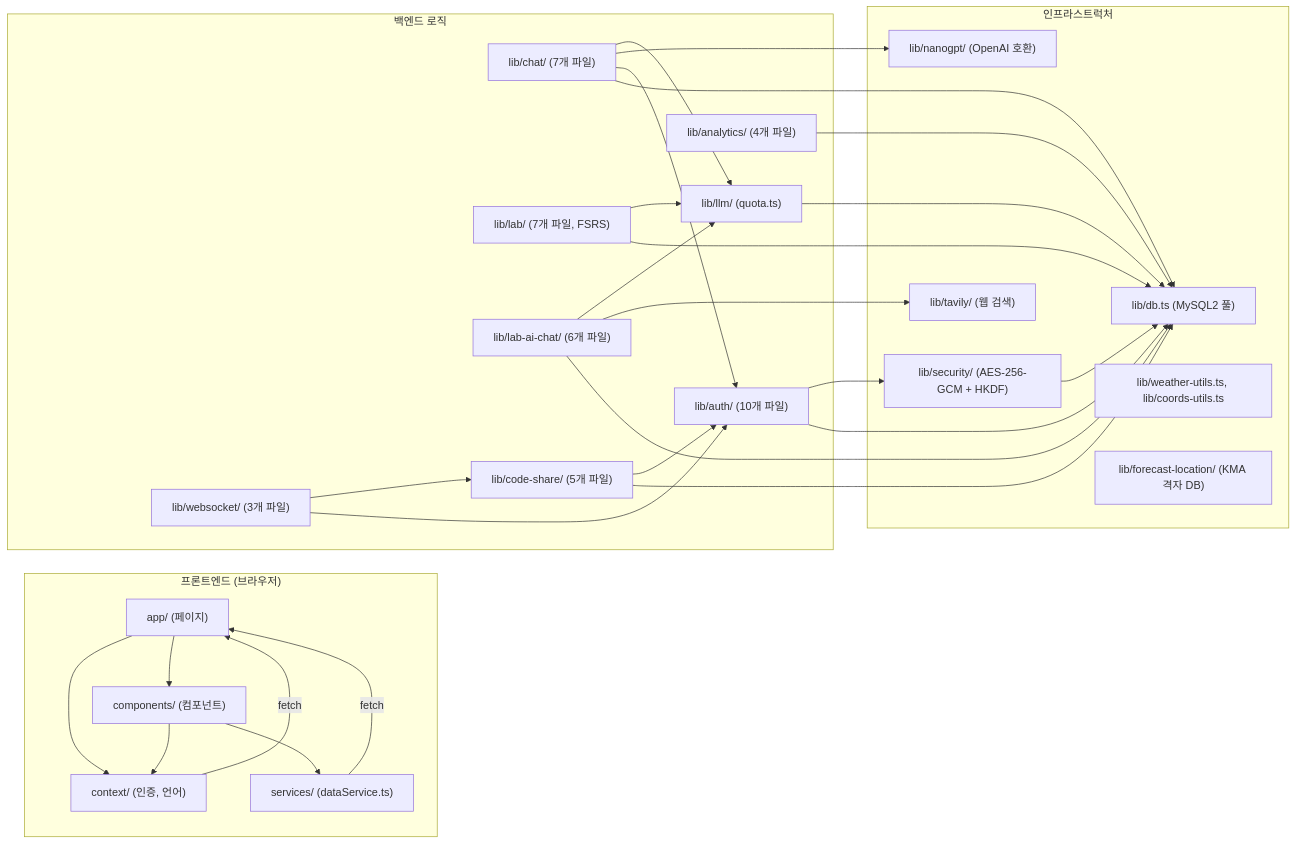
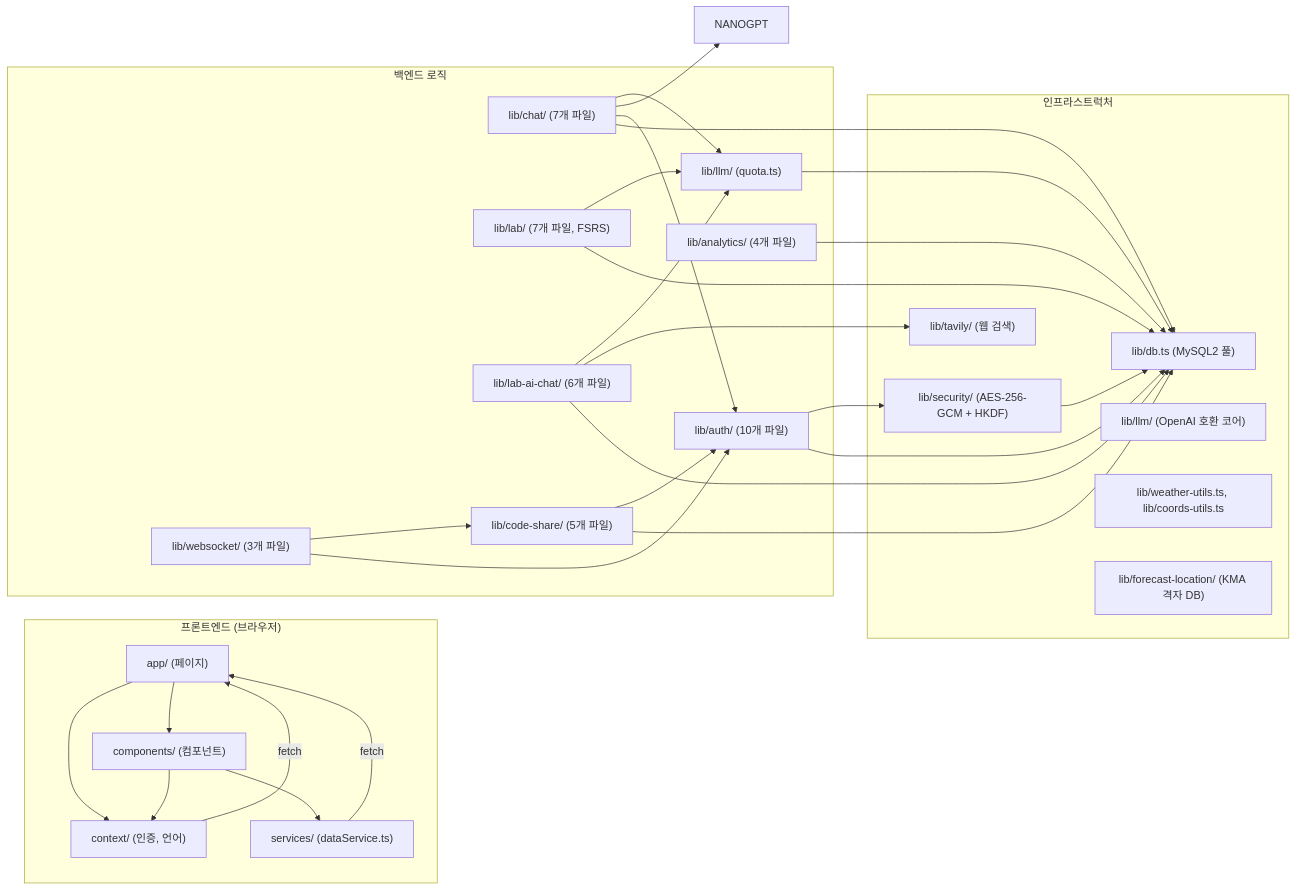
The tenth of 17 diagrams in docs/ARCHITECTURE_UML_KO.md (kim0040/Nadeulhae), drawn with Mermaid before and after one commit. The commit also changed other lines of this file and 28 other files, not shown here.

First line of the commit message:
refactor: split LLM into general-llm and lab-llm with OpenAI-compatible core

````diff
--- a/docs/ARCHITECTURE_UML_KO.md
+++ b/docs/ARCHITECTURE_UML_KO.md
@@ -1001,57 +1001,57 @@
 ```mermaid
 graph LR
     subgraph Frontend["프론트엔드 (브라우저)"]
         PAGES["app/ (페이지)"]
         COMPONENTS["components/ (컴포넌트)"]
         CONTEXT["context/ (인증, 언어)"]
         SERVICES["services/ (dataService.ts)"]
     end
 
     subgraph Backend["백엔드 로직"]
         AUTH_LIB["lib/auth/ (10개 파일)"]
         CHAT_LIB["lib/chat/ (7개 파일)"]
         LAB_LIB["lib/lab/ (7개 파일, FSRS)"]
         LAB_AI_LIB["lib/lab-ai-chat/ (6개 파일)"]
         CODE_SHARE_LIB["lib/code-share/ (5개 파일)"]
         WS_LIB["lib/websocket/ (3개 파일)"]
         LLM_QUOTA["lib/llm/ (quota.ts)"]
         ANALYTICS_LIB["lib/analytics/ (4개 파일)"]
     end
 
     subgraph Infrastructure["인프라스트럭처"]
         DB_LIB["lib/db.ts (MySQL2 풀)"]
         SECURITY_LIB["lib/security/ (AES-256-GCM + HKDF)"]
-        NANOGPT["lib/nanogpt/ (OpenAI 호환)"]
+        LLM_CLIENT["lib/llm/ (OpenAI 호환 코어)"]
         TAVILY_LIB["lib/tavily/ (웹 검색)"]
         WEATHER_UTILS["lib/weather-utils.ts, lib/coords-utils.ts"]
         FORECAST_GRID["lib/forecast-location/ (KMA 격자 DB)"]
     end
 
     PAGES --> COMPONENTS
     PAGES --> CONTEXT
     COMPONENTS --> CONTEXT
     COMPONENTS --> SERVICES
 
     AUTH_LIB --> DB_LIB
     AUTH_LIB --> SECURITY_LIB
     CHAT_LIB --> DB_LIB
     CHAT_LIB --> AUTH_LIB
     CHAT_LIB --> NANOGPT
     CHAT_LIB --> LLM_QUOTA
     LAB_LIB --> DB_LIB
     LAB_LIB --> LLM_QUOTA
     LAB_AI_LIB --> DB_LIB
     LAB_AI_LIB --> TAVILY_LIB
     LAB_AI_LIB --> LLM_QUOTA
     CODE_SHARE_LIB --> DB_LIB
     CODE_SHARE_LIB --> AUTH_LIB
     WS_LIB --> AUTH_LIB
     WS_LIB --> CODE_SHARE_LIB
     ANALYTICS_LIB --> DB_LIB
 
     SECURITY_LIB --> DB_LIB
     LLM_QUOTA --> DB_LIB
 
     SERVICES -->|fetch| PAGES
     CONTEXT -->|fetch| PAGES
 ```
````
